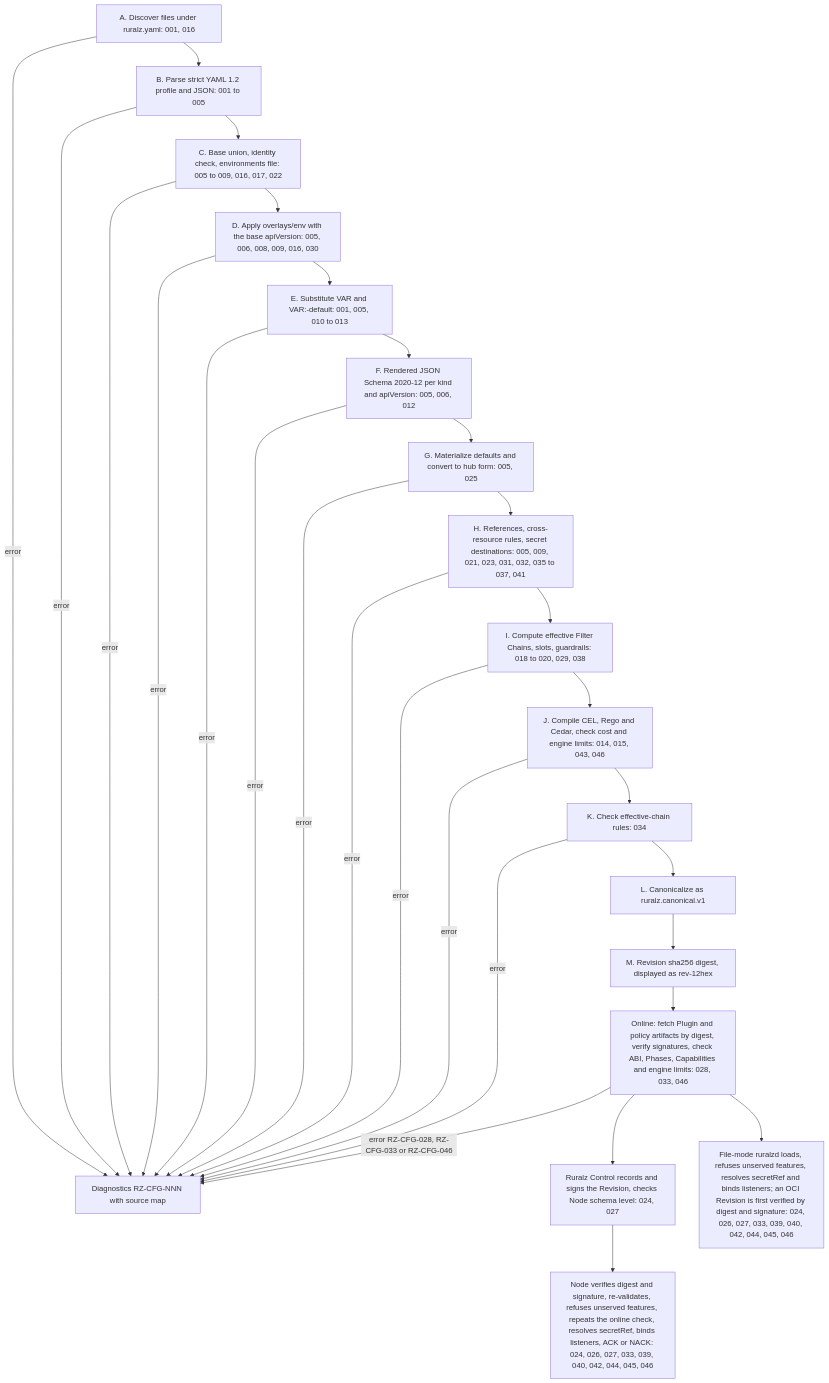
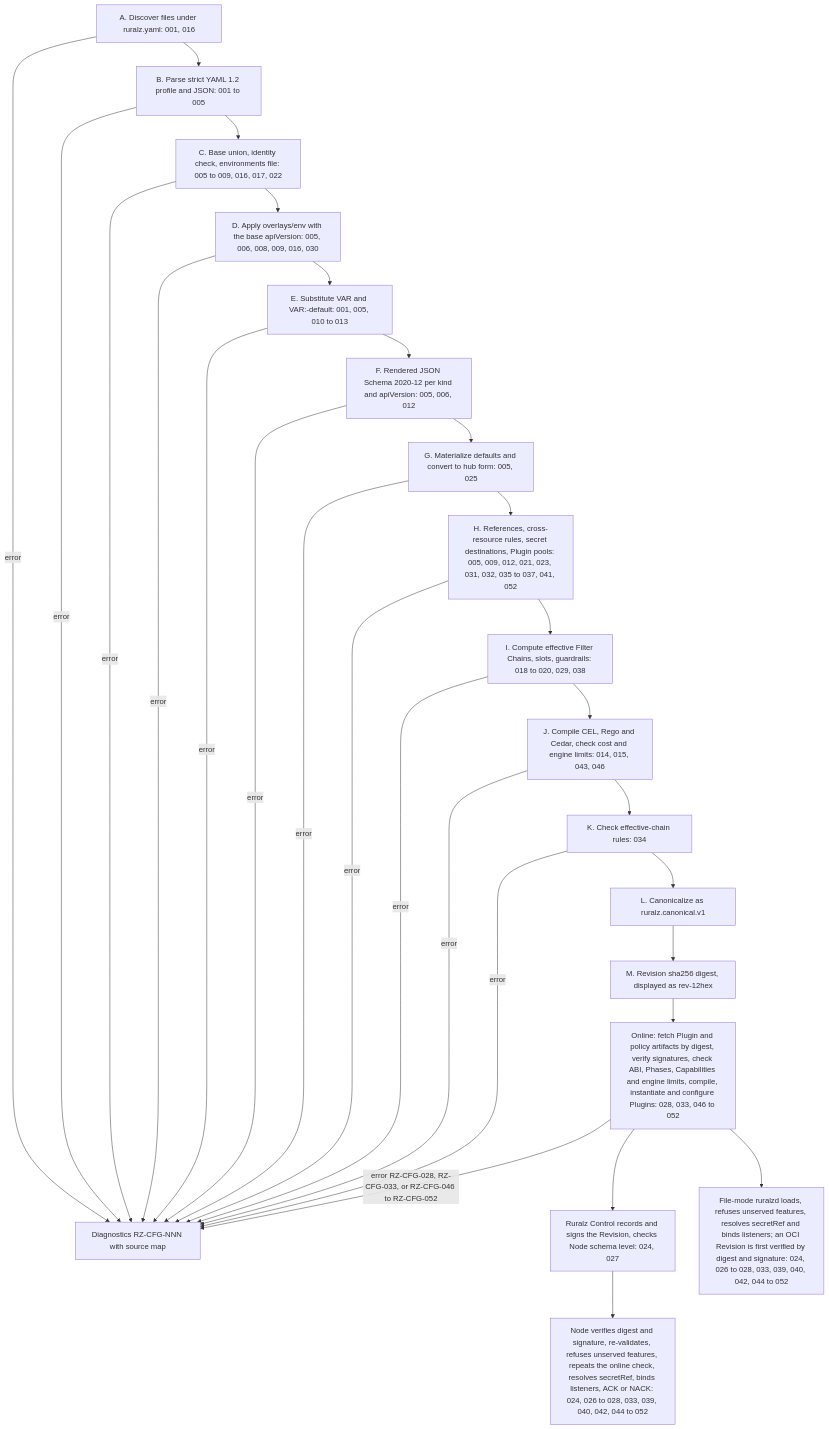
The third of 3 diagrams in docs/architecture/02-configuration-model.md (ravindu-rev/ruralz), drawn with Mermaid before and after one commit. The commit also changed other lines of this file and 98 other files, not shown here.

First line of the commit message:
feat(plugin): add the wazero Plugin host and the plugin Policy

````diff
--- a/docs/architecture/02-configuration-model.md
+++ b/docs/architecture/02-configuration-model.md
@@ -892,31 +892,31 @@
 ```mermaid
 flowchart TD
     A["A. Discover files under ruralz.yaml: 001, 016"] --> B["B. Parse strict YAML 1.2 profile and JSON: 001 to 005"]
     B --> C["C. Base union, identity check, environments file: 005 to 009, 016, 017, 022"]
     C --> D["D. Apply overlays/env with the base apiVersion: 005, 006, 008, 009, 016, 030"]
     D --> E["E. Substitute VAR and VAR:-default: 001, 005, 010 to 013"]
     E --> F["F. Rendered JSON Schema 2020-12 per kind and apiVersion: 005, 006, 012"]
     F --> G["G. Materialize defaults and convert to hub form: 005, 025"]
-    G --> H["H. References, cross-resource rules, secret destinations: 005, 009, 021, 023, 031, 032, 035 to 037, 041"]
+    G --> H["H. References, cross-resource rules, secret destinations, Plugin pools: 005, 009, 012, 021, 023, 031, 032, 035 to 037, 041, 052"]
     H --> I["I. Compute effective Filter Chains, slots, guardrails: 018 to 020, 029, 038"]
     I --> J["J. Compile CEL, Rego and Cedar, check cost and engine limits: 014, 015, 043, 046"]
     J --> K["K. Check effective-chain rules: 034"]
     K --> L["L. Canonicalize as ruralz.canonical.v1"]
     L --> M["M. Revision sha256 digest, displayed as rev-12hex"]
     A -- error --> X["Diagnostics RZ-CFG-NNN with source map"]
     B -- error --> X
     C -- error --> X
     D -- error --> X
     E -- error --> X
     F -- error --> X
     G -- error --> X
     H -- error --> X
     I -- error --> X
     J -- error --> X
     K -- error --> X
-    M --> Q["Online: fetch Plugin and policy artifacts by digest, verify signatures, check ABI, Phases, Capabilities and engine limits: 028, 033, 046"]
-    Q -- "error RZ-CFG-028, RZ-CFG-033 or RZ-CFG-046" --> X
+    M --> Q["Online: fetch Plugin and policy artifacts by digest, verify signatures, check ABI, Phases, Capabilities and engine limits, compile, instantiate and configure Plugins: 028, 033, 046 to 052"]
+    Q -- "error RZ-CFG-028, RZ-CFG-033, or RZ-CFG-046 to RZ-CFG-052" --> X
     Q --> N["Ruralz Control records and signs the Revision, checks Node schema level: 024, 027"]
-    Q --> O["File-mode ruralzd loads, refuses unserved features, resolves secretRef and binds listeners; an OCI Revision is first verified by digest and signature: 024, 026, 027, 033, 039, 040, 042, 044, 045, 046"]
-    N --> P["Node verifies digest and signature, re-validates, refuses unserved features, repeats the online check, resolves secretRef, binds listeners, ACK or NACK: 024, 026, 027, 033, 039, 040, 042, 044, 045, 046"]
+    Q --> O["File-mode ruralzd loads, refuses unserved features, resolves secretRef and binds listeners; an OCI Revision is first verified by digest and signature: 024, 026 to 028, 033, 039, 040, 042, 044 to 052"]
+    N --> P["Node verifies digest and signature, re-validates, refuses unserved features, repeats the online check, resolves secretRef, binds listeners, ACK or NACK: 024, 026 to 028, 033, 039, 040, 042, 044 to 052"]
 ```
````
